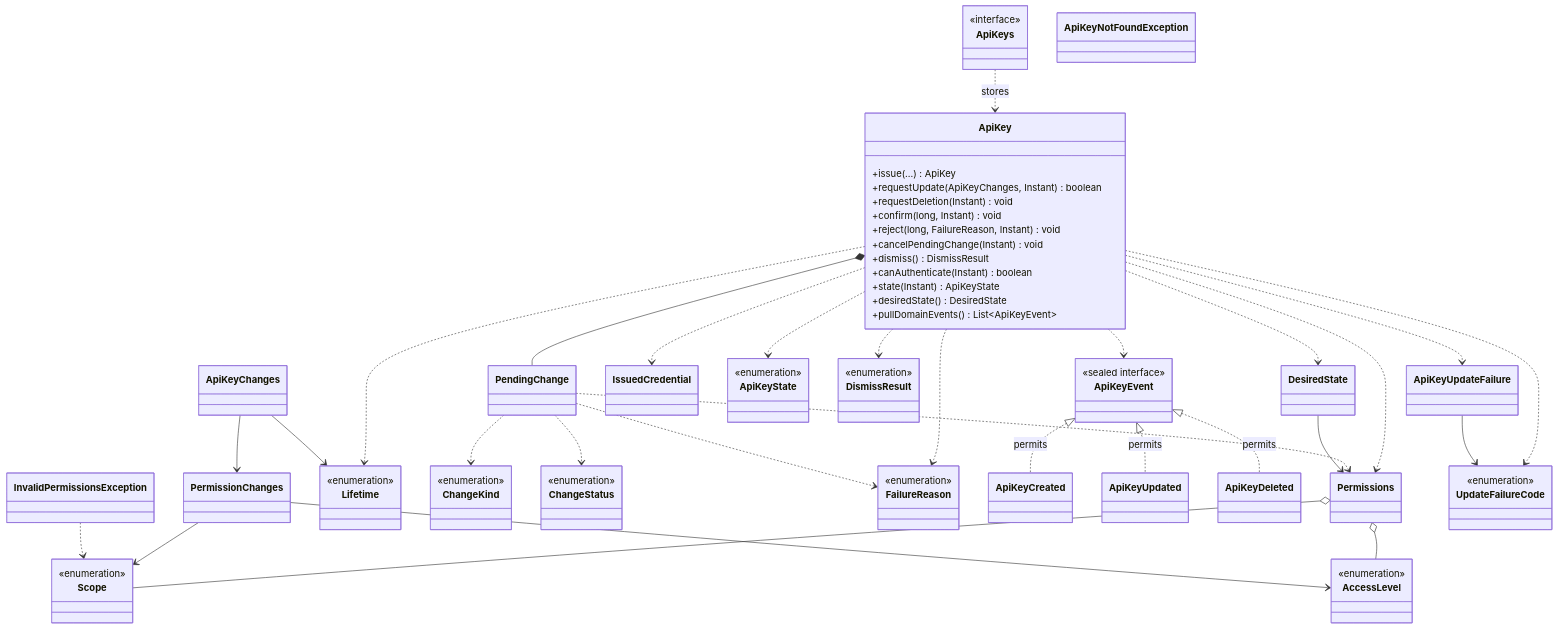
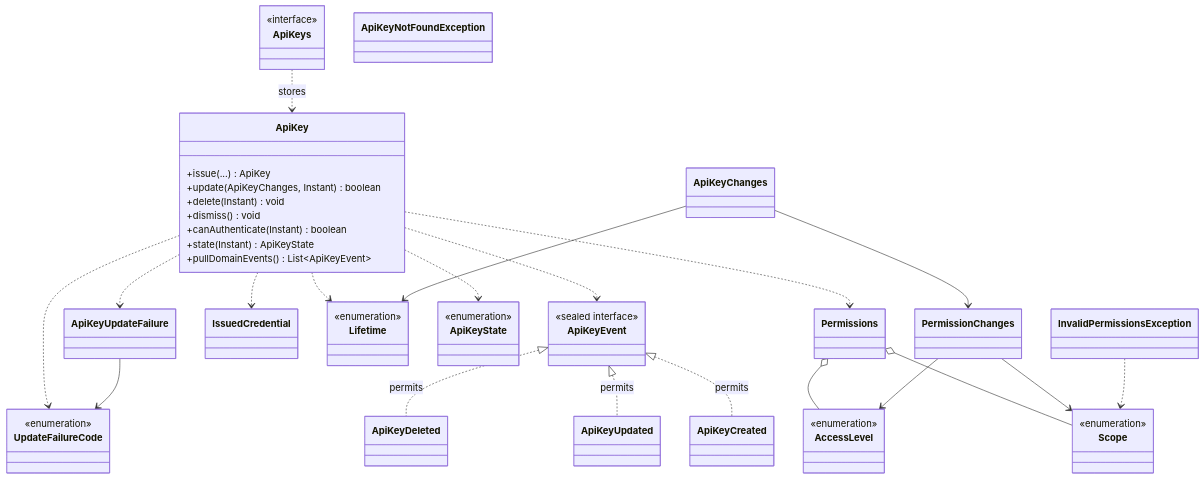
One commit to Dhiren9939/HQ-Tier0 changed the ninth of 14 diagrams in docs/access-context.md. Above: the diagram before and after it, drawn with Mermaid. The commit also changed other lines of this file and 53 other files, not shown here.

First line of the commit message:
refactor(access): drop the confirm/reject handshake and apply every change at once

```diff
--- a/docs/access-context.md
+++ b/docs/access-context.md
@@ -918,39 +785,21 @@
 
     class ApiKey {
         +issue(...) ApiKey
-        +requestUpdate(ApiKeyChanges, Instant) boolean
-        +requestDeletion(Instant) void
-        +confirm(long, Instant) void
-        +reject(long, FailureReason, Instant) void
-        +cancelPendingChange(Instant) void
-        +dismiss() DismissResult
+        +update(ApiKeyChanges, Instant) boolean
+        +delete(Instant) void
+        +dismiss() void
         +canAuthenticate(Instant) boolean
         +state(Instant) ApiKeyState
-        +desiredState() DesiredState
         +pullDomainEvents() List~ApiKeyEvent~
     }
-    class PendingChange
     class Permissions
     class PermissionChanges
     class ApiKeyChanges
-    class DesiredState
     class IssuedCredential
     class Lifetime {
         <<enumeration>>
     }
     class ApiKeyState {
-        <<enumeration>>
-    }
-    class ChangeKind {
-        <<enumeration>>
-    }
-    class ChangeStatus {
-        <<enumeration>>
-    }
-    class FailureReason {
-        <<enumeration>>
-    }
-    class DismissResult {
         <<enumeration>>
     }
     class Scope {
@@ -977,22 +826,13 @@
         <<enumeration>>
     }
 
-    ApiKey *-- PendingChange
     ApiKey ..> Permissions
-    ApiKey ..> DesiredState
     ApiKey ..> IssuedCredential
     ApiKey ..> Lifetime
     ApiKey ..> ApiKeyState
-    ApiKey ..> DismissResult
-    ApiKey ..> FailureReason
     ApiKey ..> ApiKeyEvent
     ApiKey ..> ApiKeyUpdateFailure
     ApiKey ..> UpdateFailureCode
-
-    PendingChange ..> Permissions
-    PendingChange ..> ChangeKind
-    PendingChange ..> ChangeStatus
-    PendingChange ..> FailureReason
 
     Permissions o-- Scope
     Permissions o-- AccessLevel
@@ -1000,7 +840,6 @@
     PermissionChanges --> AccessLevel
     ApiKeyChanges --> Lifetime
     ApiKeyChanges --> PermissionChanges
-    DesiredState --> Permissions
 
     ApiKeyEvent <|.. ApiKeyCreated : permits
     ApiKeyEvent <|.. ApiKeyUpdated : permits
```
